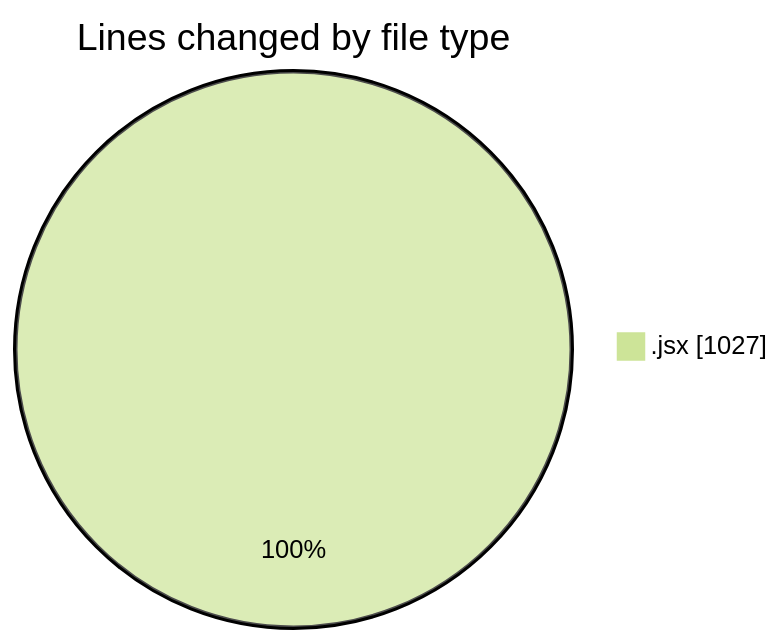
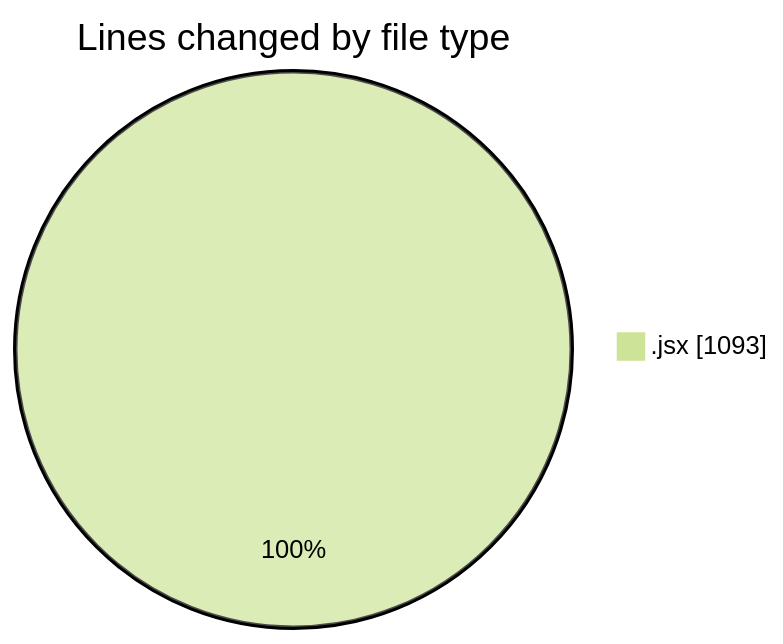
Before and after one commit to nxtqubesakshisongat/code-tracking: the first of 2 diagrams in 2025-08-22/nxtqube_webapp/README.md, drawn with Mermaid (forest theme). The commit also changed other lines of this file and 1 other file, not shown here.

````diff
--- a/2025-08-22/nxtqube_webapp/README.md
+++ b/2025-08-22/nxtqube_webapp/README.md
@@ -20,5 +20,5 @@
 ```mermaid
 pie showData
 title Lines changed by file type
-".jsx" : 1027
+".jsx" : 1093
 ```
````
